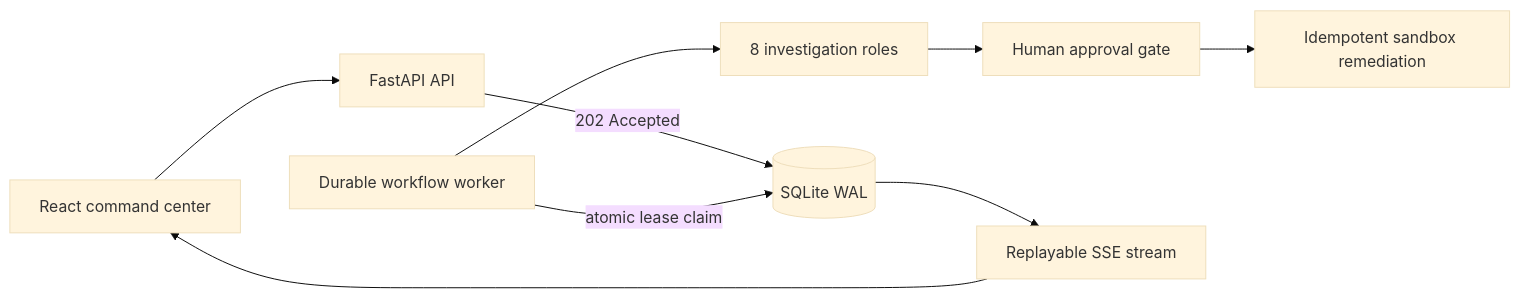
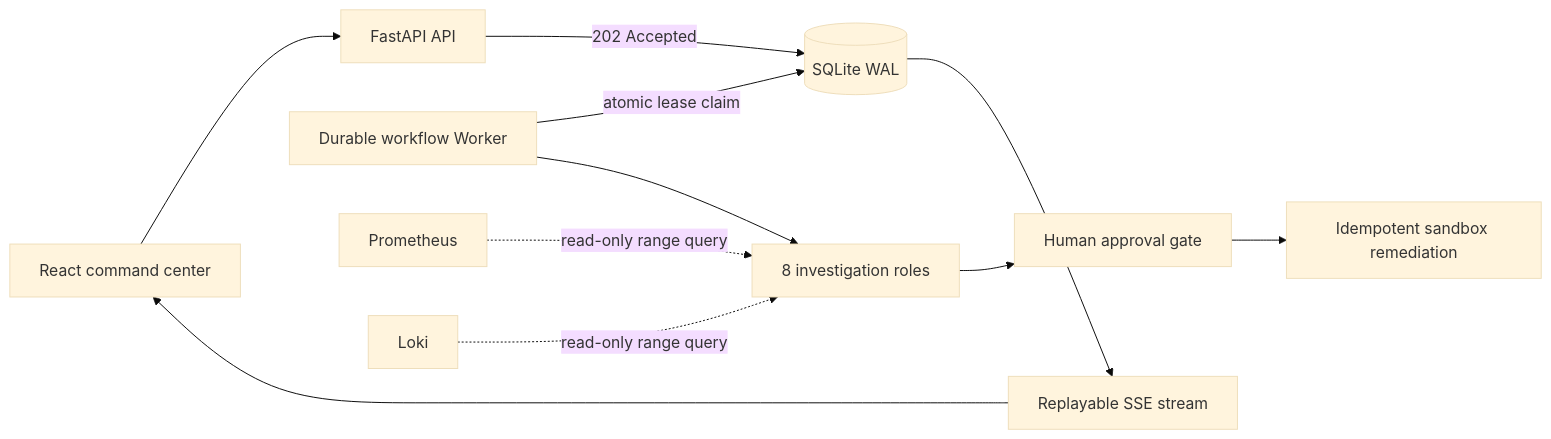
Before and after one commit to kingslayer-ops/multi-agent-incident-lab: the diagram in README.md, drawn with Mermaid (base theme). The commit also changed other lines of this file and 19 other files, not shown here.

````diff
--- a/README.md
+++ b/README.md
@@ -28,11 +30,13 @@
 ```mermaid
 flowchart LR
     UI["React command center"] --> API["FastAPI API"]
     API -->|"202 Accepted"| DB[("SQLite WAL")]
-    WORKER["Durable workflow worker"] -->|"atomic lease claim"| DB
+    WORKER["Durable workflow Worker"] -->|"atomic lease claim"| DB
     WORKER --> AGENTS["8 investigation roles"]
+    PROM["Prometheus"] -. "read-only range query" .-> AGENTS
+    LOKI["Loki"] -. "read-only range query" .-> AGENTS
     AGENTS --> GATE["Human approval gate"]
     GATE --> EXEC["Idempotent sandbox remediation"]
     DB --> SSE["Replayable SSE stream"]
     SSE --> UI
 ```
````
